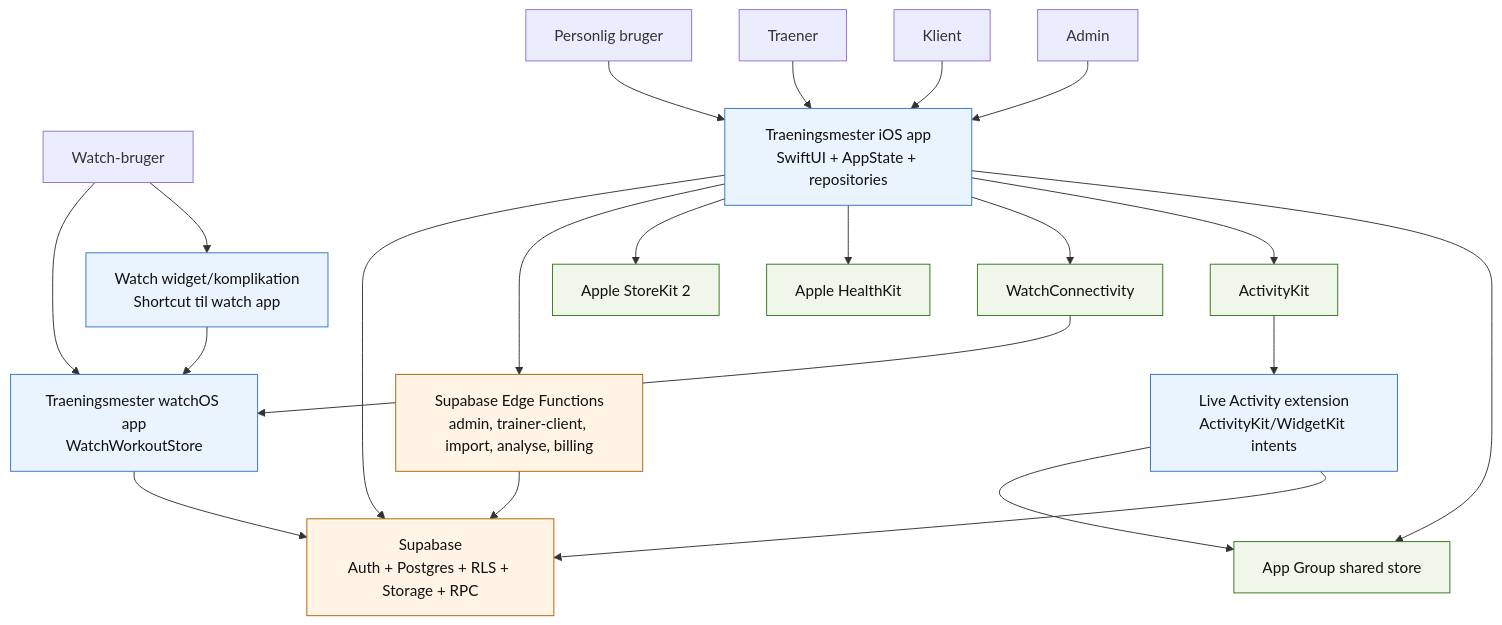
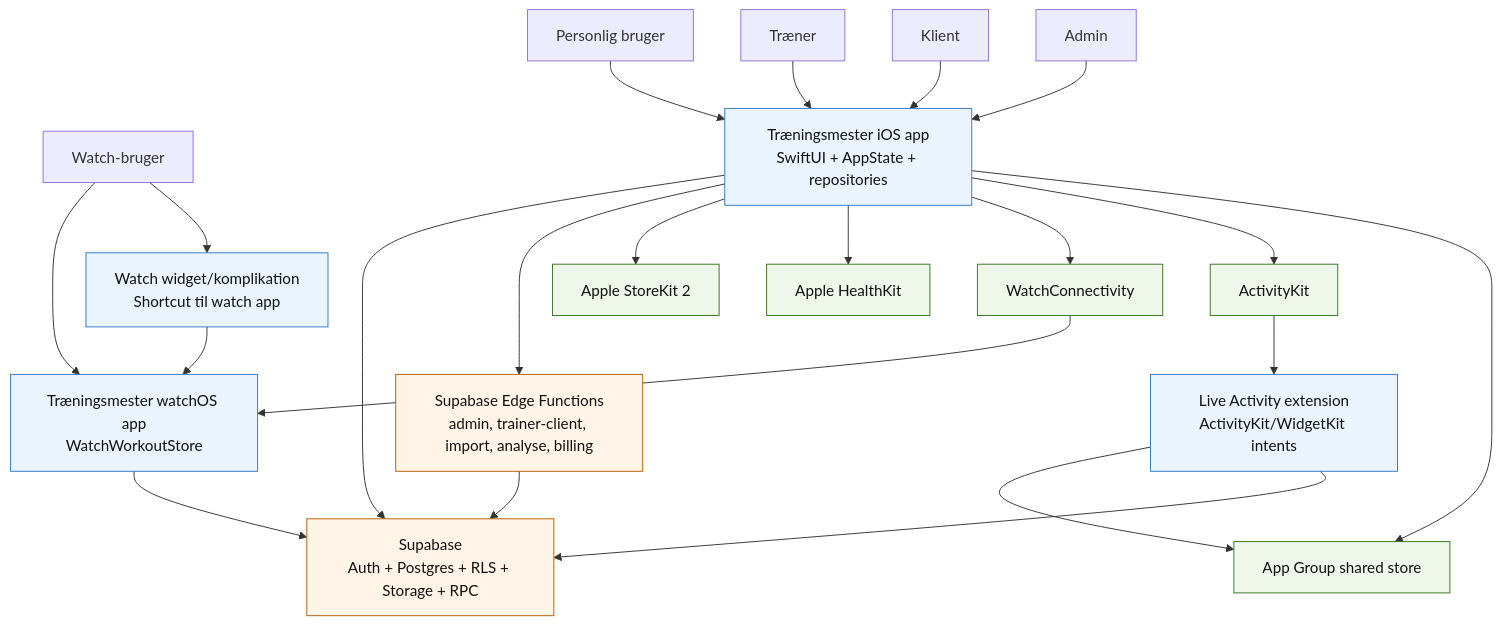
The diagram in Materiale/traeningsmester-2026-04-28/02_figurer_og_screenshots/diagrammer/kilder/system_context.mmd (Jegerchristiank/Bachelor-i-Sundhed-og-Informatik), drawn with Mermaid before and after one commit. The commit also changed other lines of this file and 5 other files, not shown here.

Commit message:
Brug danske tegn i referencer og diagrammer

```diff
--- a/Materiale/traeningsmester-2026-04-28/02_figurer_og_screenshots/diagrammer/kilder/system_context.mmd
+++ b/Materiale/traeningsmester-2026-04-28/02_figurer_og_screenshots/diagrammer/kilder/system_context.mmd
@@ -1,49 +1,49 @@
 flowchart TB
   bruger["Personlig bruger"]
-  traener["Traener"]
+  traener["Træner"]
   klient["Klient"]
   admin["Admin"]
   watchUser["Watch-bruger"]
 
-  ios["Traeningsmester iOS app\nSwiftUI + AppState + repositories"]
-  watch["Traeningsmester watchOS app\nWatchWorkoutStore"]
+  ios["Træningsmester iOS app\nSwiftUI + AppState + repositories"]
+  watch["Træningsmester watchOS app\nWatchWorkoutStore"]
   live["Live Activity extension\nActivityKit/WidgetKit intents"]
   widget["Watch widget/komplikation\nShortcut til watch app"]
 
   supabase["Supabase\nAuth + Postgres + RLS + Storage + RPC"]
   edge["Supabase Edge Functions\nadmin, trainer-client, import, analyse, billing"]
   storekit["Apple StoreKit 2"]
   healthkit["Apple HealthKit"]
   wc["WatchConnectivity"]
   activitykit["ActivityKit"]
   appgroup["App Group shared store"]
 
   bruger --> ios
   traener --> ios
   klient --> ios
   admin --> ios
   watchUser --> watch
   watchUser --> widget
 
   ios --> supabase
   ios --> edge
   ios --> storekit
   ios --> healthkit
   ios --> wc
   ios --> activitykit
   ios --> appgroup
 
   wc --> watch
   widget --> watch
   watch --> supabase
   live --> appgroup
   live --> supabase
   activitykit --> live
   edge --> supabase
 
   classDef client fill:#EAF4FF,stroke:#3178C6,color:#111;
   classDef backend fill:#FFF4E5,stroke:#B45F06,color:#111;
   classDef platform fill:#EEF7EA,stroke:#38761D,color:#111;
   class ios,watch,live,widget client;
   class supabase,edge backend;
   class storekit,healthkit,wc,activitykit,appgroup platform;
```
